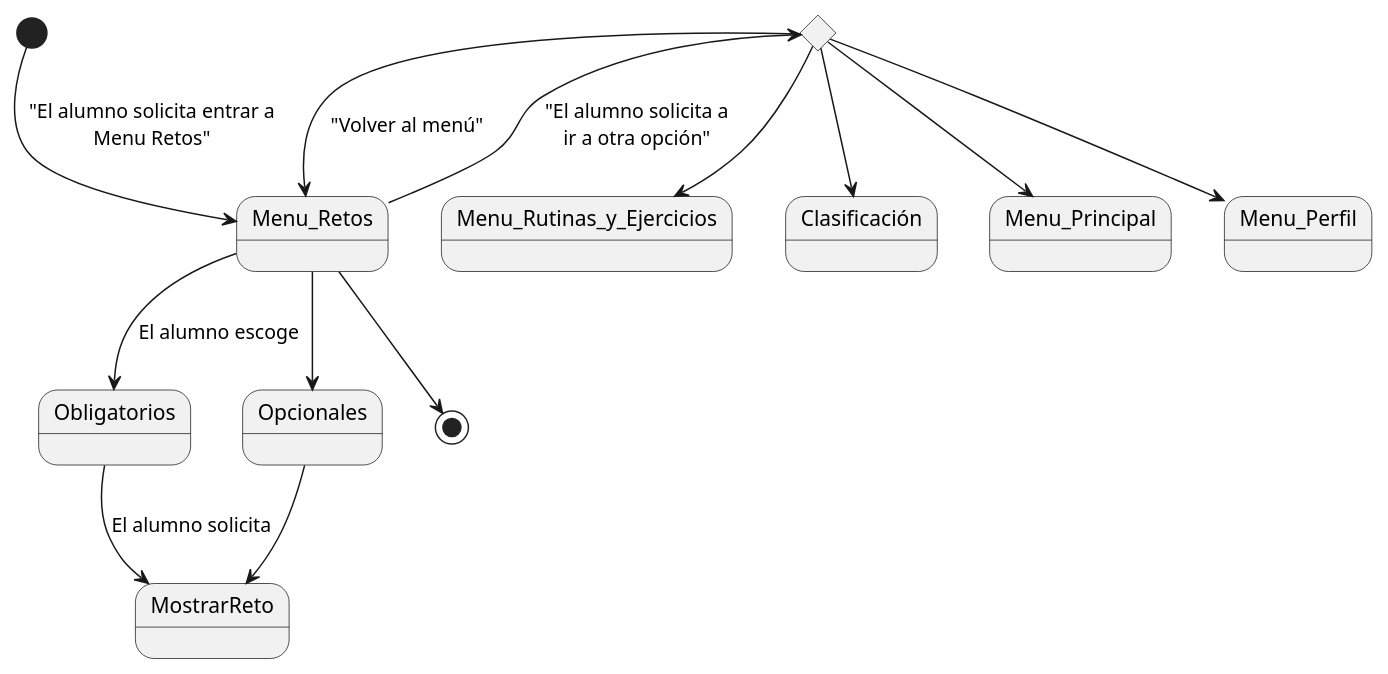
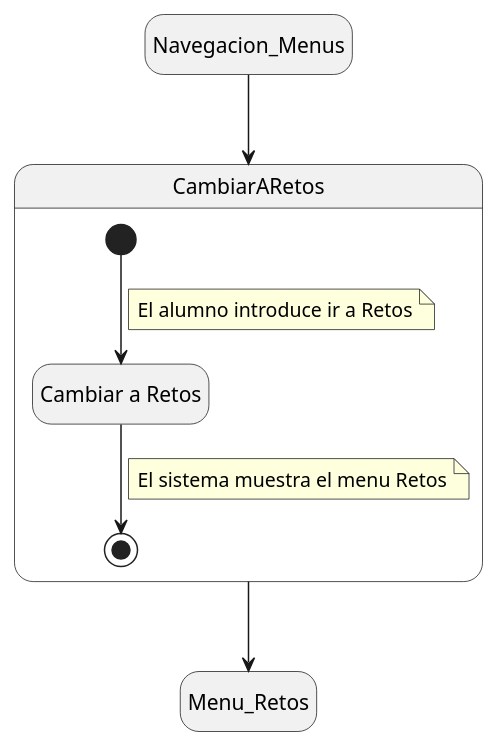
The diagram in Documentos/DetallarCasosDeUso/Alumno/MenuRetos.puml (mmasias/24-25-IdSw1-SDR), drawn with PlantUML before and after one commit.

```diff
--- a/Documentos/DetallarCasosDeUso/Alumno/MenuRetos.puml
+++ b/Documentos/DetallarCasosDeUso/Alumno/MenuRetos.puml
@@ -1,26 +1,22 @@
-@startuml
-state Menu_Rutinas_y_Ejercicios
-state rombo2 <<choice>>
-state Obligatorios
-state Opcionales
-state MostrarReto
-state Menu_Perfil
+@startuml 
+
+hide empty description
+
+state Navegacion_Menus
 state Menu_Retos
-state Clasificación
-state Menu_Principal
+state CambiarARetos{
+    state Cambiar as "Cambiar a Retos"
+    [*] --> Cambiar
+    note on link
+        El alumno introduce ir a Retos
+    end note
+    Cambiar --> [*]
+    note on link
+        El sistema muestra el menu Retos
+    end note
+}
 
-[*] --> Menu_Retos : "El alumno solicita entrar a\nMenu Retos"
-Menu_Retos -->Obligatorios : El alumno escoge
-Menu_Retos --> Opcionales
-Opcionales --> MostrarReto
-Obligatorios -->MostrarReto : El alumno solicita
+Navegacion_Menus --> CambiarARetos
+CambiarARetos --> Menu_Retos
 
-Menu_Retos --> rombo2 : "El alumno solicita a\nir a otra opción"
-rombo2 --> Menu_Perfil
-rombo2 --> Menu_Retos: "Volver al menú"
-rombo2 --> Clasificación
-rombo2 --> Menu_Principal
-rombo2 --> Menu_Rutinas_y_Ejercicios
-
-Menu_Retos --> [*]
 @enduml
```
